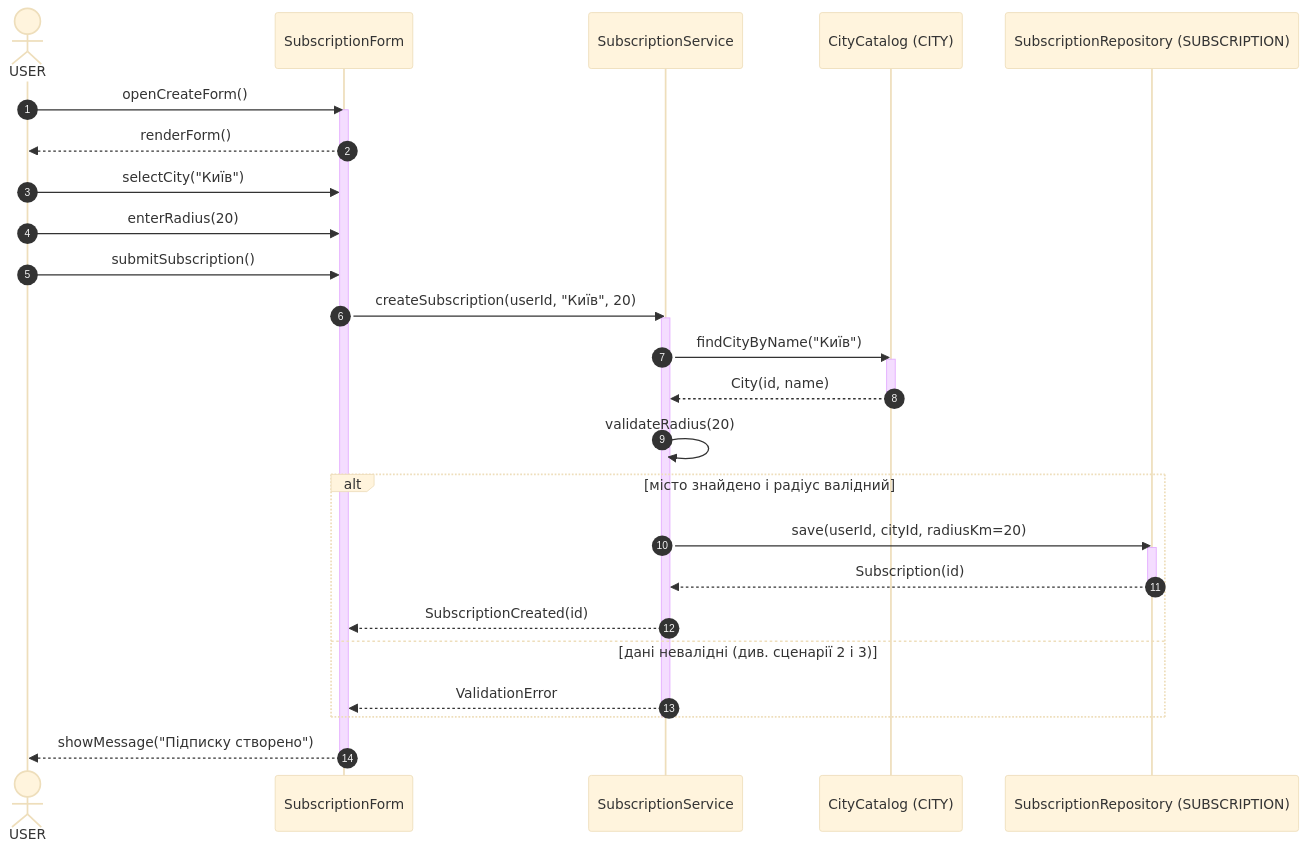
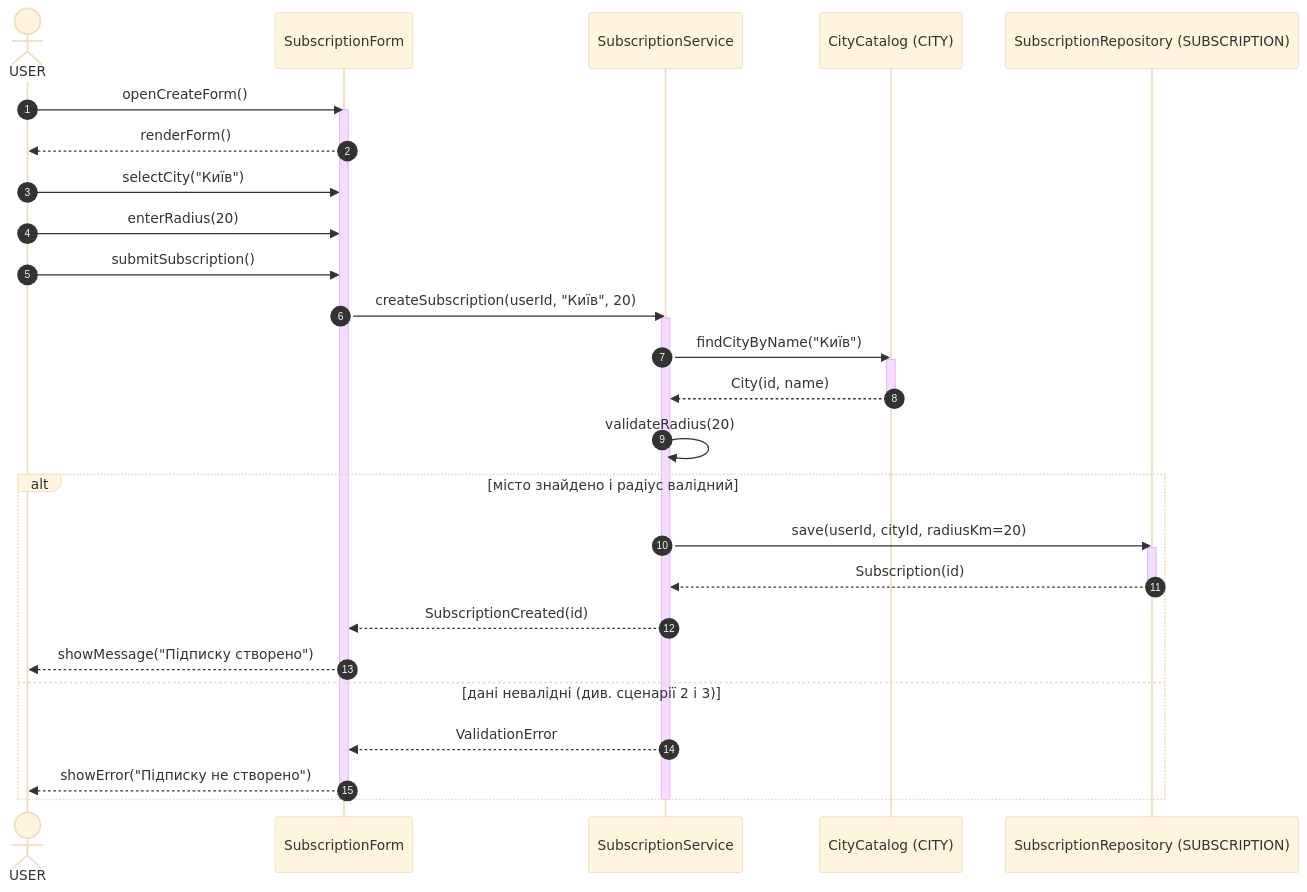
Before and after one commit to acabzonbi/aerial-target-track1: the diagram in lab3/scenario1.mmd, drawn with Mermaid (base theme). The commit also changed 3 other files, not shown here.

```diff
--- a/lab3/scenario1.mmd
+++ b/lab3/scenario1.mmd
@@ -1,35 +1,36 @@
 sequenceDiagram
     autonumber
     actor U as USER
     participant F as SubscriptionForm
     participant S as SubscriptionService
     participant C as CityCatalog (CITY)
     participant R as SubscriptionRepository (SUBSCRIPTION)
 
     U->>F: openCreateForm()
     activate F
     F-->>U: renderForm()
     U->>F: selectCity("Київ")
     U->>F: enterRadius(20)
     U->>F: submitSubscription()
     F->>S: createSubscription(userId, "Київ", 20)
     activate S
     S->>C: findCityByName("Київ")
     activate C
     C-->>S: City(id, name)
     deactivate C
     S->>S: validateRadius(20)
 
     alt місто знайдено і радіус валідний
         S->>R: save(userId, cityId, radiusKm=20)
         activate R
         R-->>S: Subscription(id)
         deactivate R
         S-->>F: SubscriptionCreated(id)
+        F-->>U: showMessage("Підписку створено")
     else дані невалідні (див. сценарії 2 і 3)
         S-->>F: ValidationError
+        F-->>U: showError("Підписку не створено")
     end
 
     deactivate S
-    F-->>U: showMessage("Підписку створено")
     deactivate F
```
